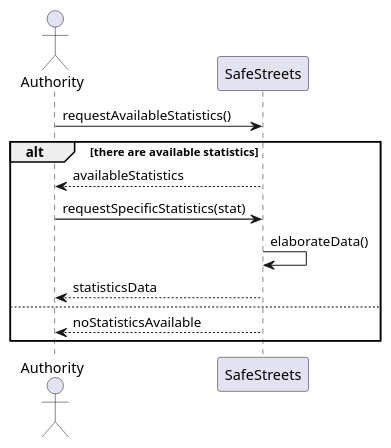
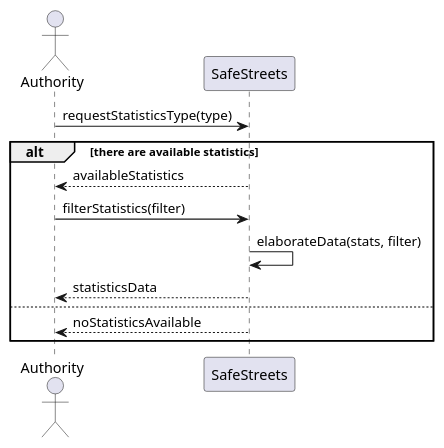
One commit to fuljo/FulginiDiCesare-SE2 changed the diagram in diagrams/rasd_sequence_diagram_uc_2_2.wsd. Above: the diagram before and after it, drawn with PlantUML. The commit also changed 5 other files, not shown here.

Commit message:
Improve names in sequence diagrams

```diff
--- a/diagrams/rasd_sequence_diagram_uc_2_2.wsd
+++ b/diagrams/rasd_sequence_diagram_uc_2_2.wsd
@@ -1,17 +1,17 @@
 @startuml rasd_sequence_diagram_uc_2_2
 skinparam Shadowing false
 
 actor Authority as A
 participant SafeStreets as SS
 
-A -> SS : requestAvailableStatistics()
+A -> SS : requestStatisticsType(type)
 alt there are available statistics
 SS --> A : availableStatistics
-A -> SS : requestSpecificStatistics(stat)
-SS -> SS : elaborateData()
+A -> SS : filterStatistics(filter)
+SS -> SS : elaborateData(stats, filter)
 SS --> A : statisticsData
 else
 SS --> A : noStatisticsAvailable
 end
 
 @enduml
```
